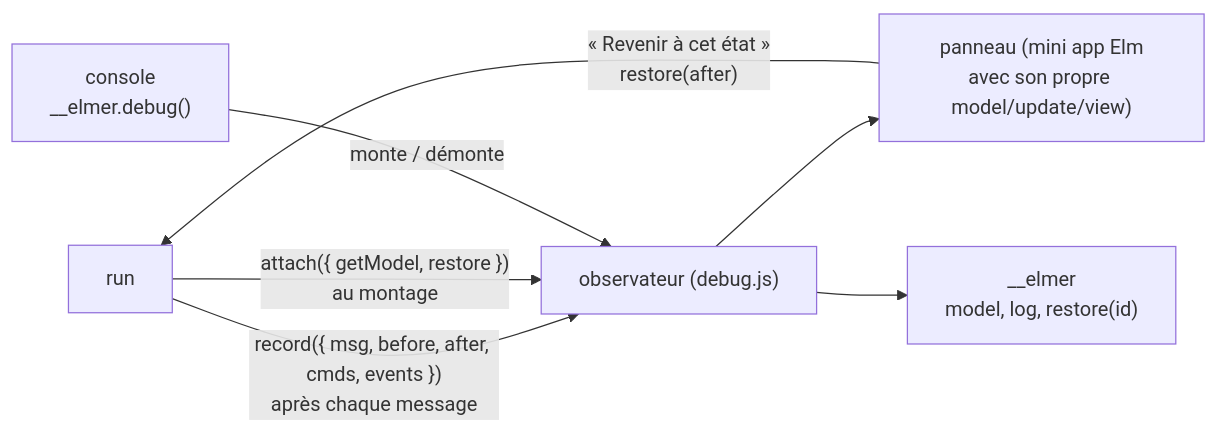
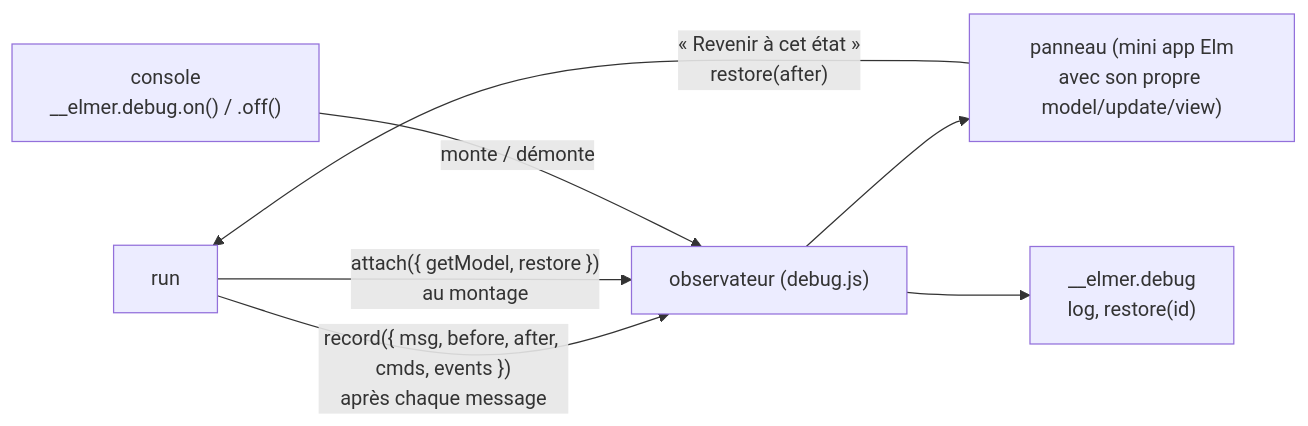
The fourth of 4 diagrams in framework/elmer/README.md (devsigner/aikido-trainer), drawn with Mermaid before and after one commit. The commit also changed other lines of this file and 7 other files, not shown here.

Commit message:
__elmer.debug.on/off/log/restore (v.75)

````diff
--- a/framework/elmer/README.md
+++ b/framework/elmer/README.md
@@ -113,9 +113,9 @@
 ```mermaid
 flowchart LR
     RUN["run"] -- "record({ msg, before, after, cmds, events })<br/>après chaque message" --> DBG["observateur (debug.js)"]
     RUN -- "attach({ getModel, restore })<br/>au montage" --> DBG
-    CON["console<br/>__elmer.debug()"] -- "monte / démonte" --> DBG
+    CON["console<br/>__elmer.debug.on() / .off()"] -- "monte / démonte" --> DBG
     DBG --> P["panneau (mini app Elm<br/>avec son propre model/update/view)"]
     P -- "« Revenir à cet état »<br/>restore(after)" --> RUN
-    DBG --> W["__elmer<br/>model, log, restore(id)"]
+    DBG --> W["__elmer.debug<br/>log, restore(id)"]
 ```
````
